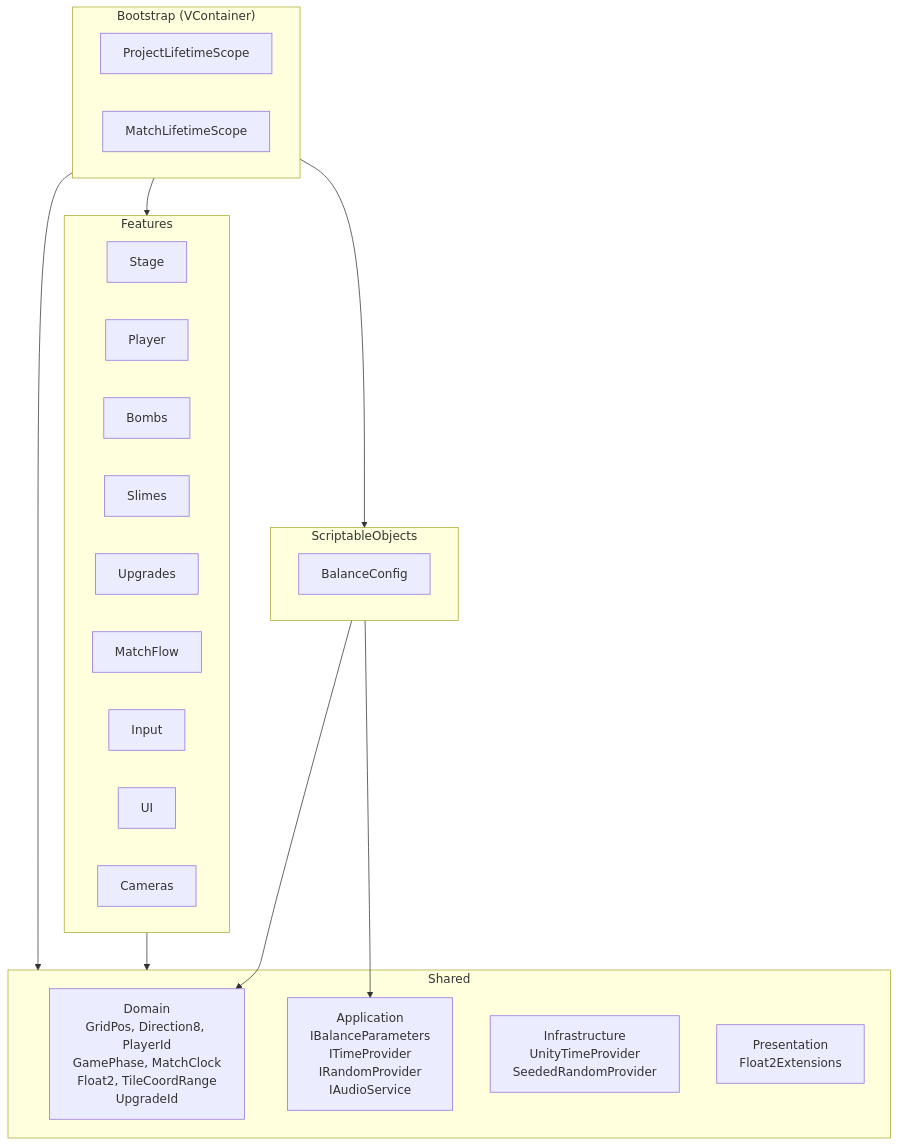
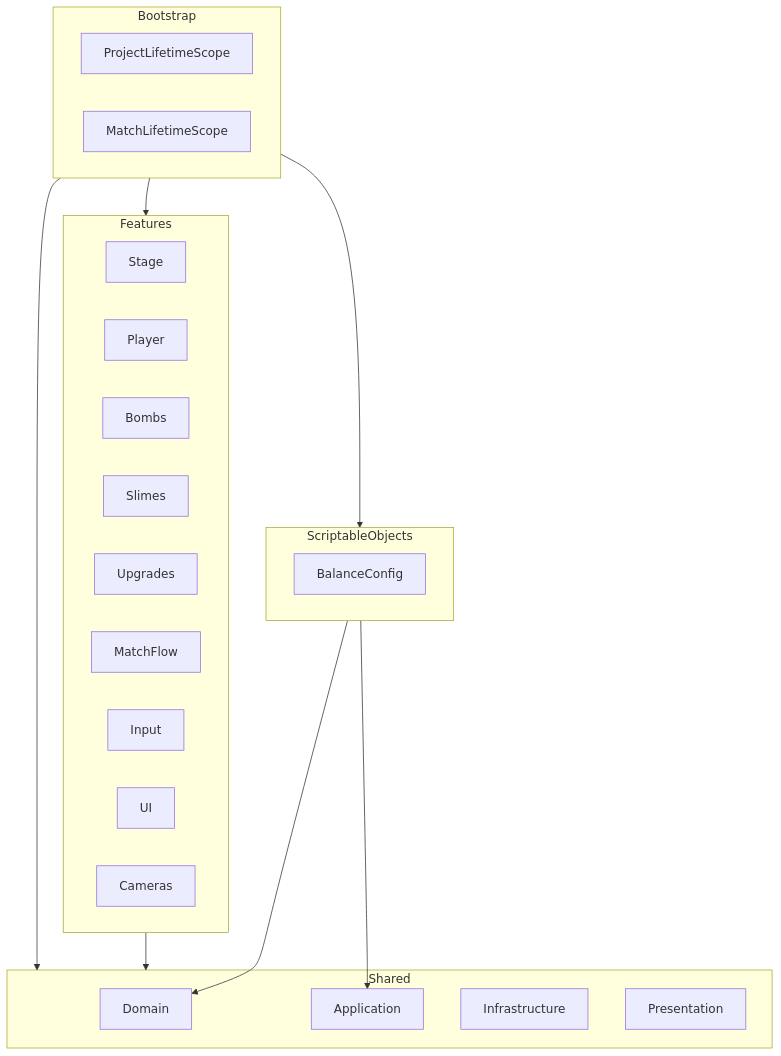
Before and after one commit to OUCC/2026-spring-hackathon-teamA: the first of 8 diagrams in docs/architecture.md, drawn with Mermaid. The commit also changed other lines of this file, not shown here.

First line of the commit message:
architecture.md の mermaid 図を修正

````diff
--- a/docs/architecture.md
+++ b/docs/architecture.md
@@ -5,37 +5,37 @@
 ```mermaid
 graph TB
-    subgraph Bootstrap["Bootstrap (VContainer)"]
+    subgraph Bootstrap
         PLS[ProjectLifetimeScope]
         MLS[MatchLifetimeScope]
     end
 
-    subgraph Shared["Shared"]
-        SD[Domain<br/>GridPos, Direction8, PlayerId<br/>GamePhase, MatchClock<br/>Float2, TileCoordRange<br/>UpgradeId]
-        SA[Application<br/>IBalanceParameters<br/>ITimeProvider<br/>IRandomProvider<br/>IAudioService]
-        SI[Infrastructure<br/>UnityTimeProvider<br/>SeededRandomProvider]
-        SP[Presentation<br/>Float2Extensions]
+    subgraph Shared
+        SD[Domain]
+        SA[Application]
+        SI[Infrastructure]
+        SP[Presentation]
     end
 
-    subgraph Features["Features"]
-        Stage[Stage]
-        Player[Player]
-        Bombs[Bombs]
-        Slimes[Slimes]
-        Upgrades[Upgrades]
-        MatchFlow[MatchFlow]
-        Input[Input]
-        UI[UI]
-        Cameras[Cameras]
+    subgraph Features
+        Stage
+        Player
+        Bombs
+        Slimes
+        Upgrades
+        MatchFlow
+        Input
+        UI
+        Cameras
     end
 
-    subgraph External["ScriptableObjects"]
+    subgraph ScriptableObjects
         SO[BalanceConfig]
     end
 
     Bootstrap --> Features
     Bootstrap --> Shared
-    Bootstrap --> External
+    Bootstrap --> ScriptableObjects
     Features --> Shared
-    External --> SA
-    External --> SD
+    ScriptableObjects --> SA
+    ScriptableObjects --> SD
 ```
````
